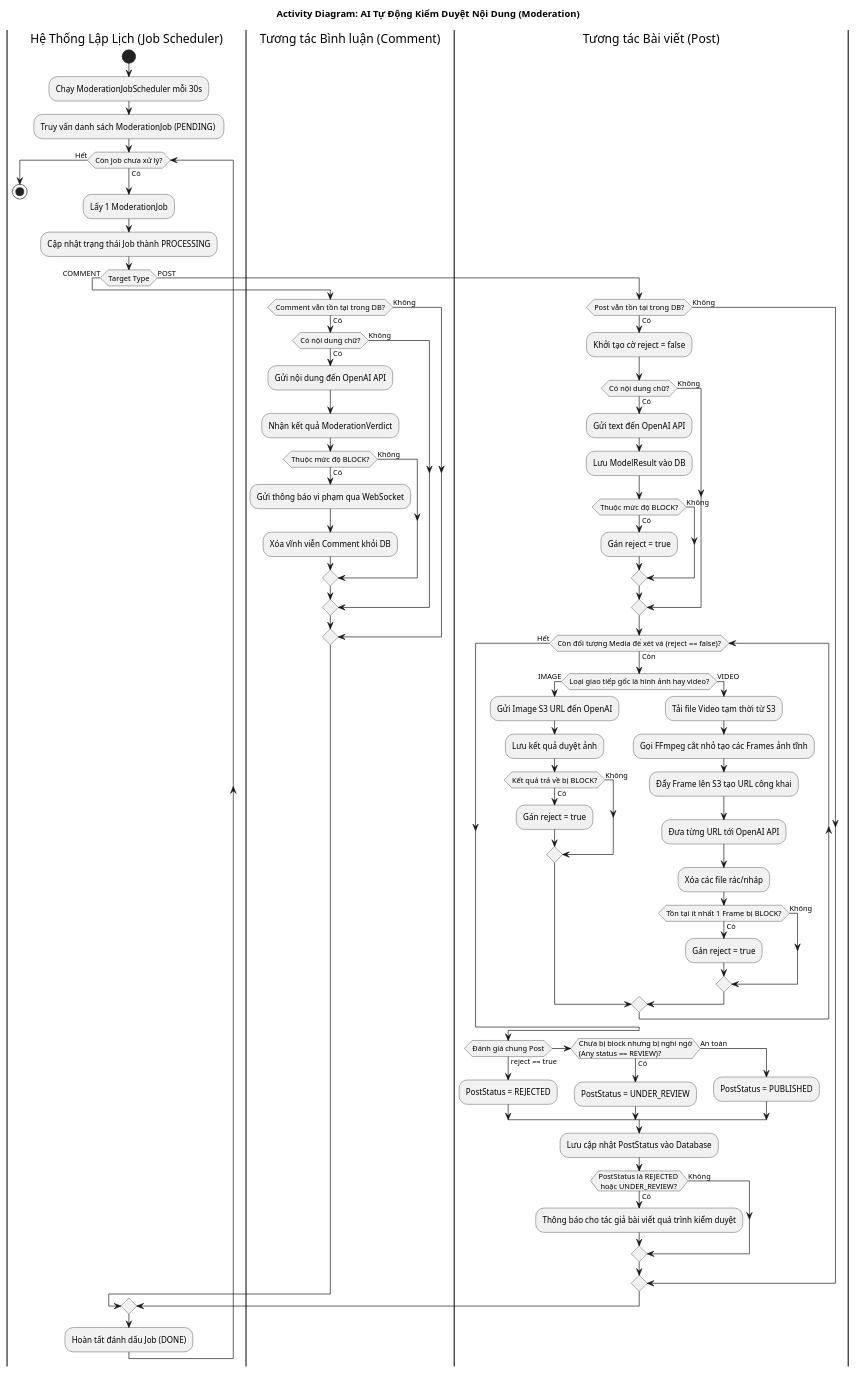
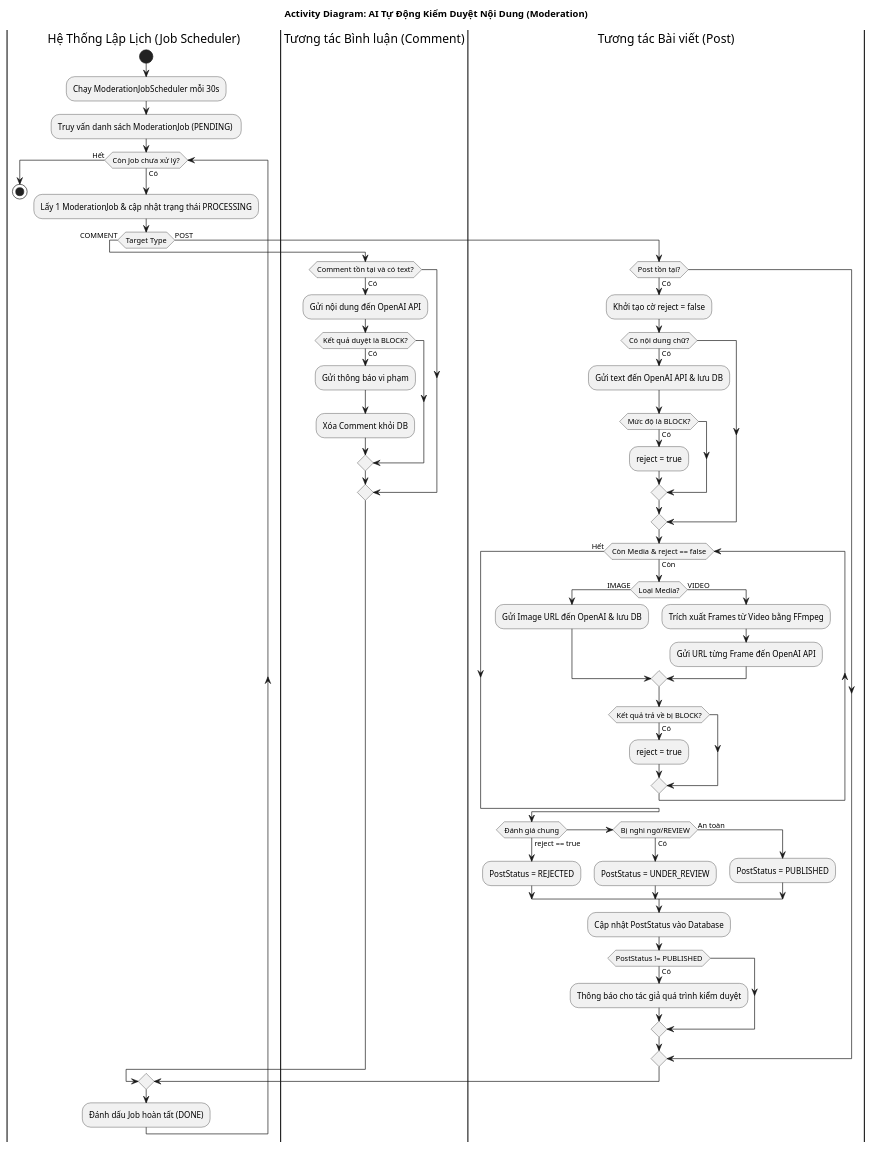
One commit to trantrieuduong/Do-An-NNLTTT changed the diagram in uml/ai_moderation_activity_diagram.puml. Above: the diagram before and after it, drawn with PlantUML. The commit also changed 5 other files, not shown here.

Commit message:
update docs & diagram

```diff
--- a/uml/ai_moderation_activity_diagram.puml
+++ b/uml/ai_moderation_activity_diagram.puml
@@ -1,88 +1,67 @@
 @startuml ModerationActivityDiagram
 skinparam conditionStyle inside
 title Activity Diagram: AI Tự Động Kiểm Duyệt Nội Dung (Moderation)
 
 |Hệ Thống Lập Lịch (Job Scheduler)|
 start
 :Chạy ModerationJobScheduler mỗi 30s;
 :Truy vấn danh sách ModerationJob (PENDING) ;
 
 while (Còn Job chưa xử lý?) is (Có)
-  :Lấy 1 ModerationJob;
-  :Cập nhật trạng thái Job thành PROCESSING;
+  :Lấy 1 ModerationJob & cập nhật trạng thái PROCESSING;
   
   if (Target Type) then (COMMENT)
     |Tương tác Bình luận (Comment)|
-    if (Comment vẫn tồn tại trong DB?) then (Có)
-      if (Có nội dung chữ?) then (Có)
-        :Gửi nội dung đến OpenAI API;
-        :Nhận kết quả ModerationVerdict;
-        if (Thuộc mức độ BLOCK?) then (Có)
-          :Gửi thông báo vi phạm qua WebSocket;
-          :Xóa vĩnh viễn Comment khỏi DB;
-        else (Không)
-        endif
-      else (Không)
+    if (Comment tồn tại và có text?) then (Có)
+      :Gửi nội dung đến OpenAI API;
+      if (Kết quả duyệt là BLOCK?) then (Có)
+        :Gửi thông báo vi phạm;
+        :Xóa Comment khỏi DB;
       endif
-    else (Không)
     endif
     
   else (POST)
     |Tương tác Bài viết (Post)|
-    if (Post vẫn tồn tại trong DB?) then (Có)
+    if (Post tồn tại?) then (Có)
       :Khởi tạo cờ reject = false;
       if (Có nội dung chữ?) then (Có)
-        :Gửi text đến OpenAI API;
-        :Lưu ModelResult vào DB;
-        if (Thuộc mức độ BLOCK?) then (Có)
-          :Gán reject = true;
-        else (Không)
+        :Gửi text đến OpenAI API & lưu DB;
+        if (Mức độ là BLOCK?) then (Có)
+          :reject = true;
         endif
-      else (Không)
       endif
       
-      while (Còn đối tượng Media để xét và (reject == false)?) is (Còn)
-        if (Loại giao tiếp gốc là hình ảnh hay video?) then (IMAGE)
-          :Gửi Image S3 URL đến OpenAI;
-          :Lưu kết quả duyệt ảnh;
-          if (Kết quả trả về bị BLOCK?) then (Có)
-             :Gán reject = true;
-          else (Không)
-          endif
+      while (Còn Media & reject == false) is (Còn)
+        if (Loại Media?) then (IMAGE)
+          :Gửi Image URL đến OpenAI & lưu DB;
         else (VIDEO)
-          :Tải file Video tạm thời từ S3;
-          :Gọi FFmpeg cắt nhỏ tạo các Frames ảnh tĩnh;
-          :Đẩy Frame lên S3 tạo URL công khai;
-          :Đưa từng URL tới OpenAI API;
-          :Xóa các file rác/nháp;
-          if (Tồn tại ít nhất 1 Frame bị BLOCK?) then (Có)
-             :Gán reject = true;
-          else (Không)
-          endif
+          :Trích xuất Frames từ Video bằng FFmpeg;
+          :Gửi URL từng Frame đến OpenAI API;
+        endif
+        
+        if (Kết quả trả về bị BLOCK?) then (Có)
+           :reject = true;
         endif
       endwhile (Hết)
       
-      if (Đánh giá chung Post) then (reject == true)
+      if (Đánh giá chung) then (reject == true)
         :PostStatus = REJECTED;
-      elseif (Chưa bị block nhưng bị nghi ngờ\n(Any status == REVIEW)?) then (Có)
+      elseif (Bị nghi ngờ/REVIEW) then (Có)
         :PostStatus = UNDER_REVIEW;
       else (An toàn)
         :PostStatus = PUBLISHED;
       endif
       
-      :Lưu cập nhật PostStatus vào Database;
-      if (PostStatus là REJECTED \n hoặc UNDER_REVIEW?) then (Có)
-        :Thông báo cho tác giả bài viết quá trình kiểm duyệt;
-      else (Không)
+      :Cập nhật PostStatus vào Database;
+      if (PostStatus != PUBLISHED) then (Có)
+        :Thông báo cho tác giả quá trình kiểm duyệt;
       endif
-      
-    else (Không)
     endif
   endif
   
   |Hệ Thống Lập Lịch (Job Scheduler)|
-  :Hoàn tất đánh dấu Job (DONE);
+  :Đánh dấu Job hoàn tất (DONE);
 endwhile (Hết)
 
 stop
 @enduml
```
